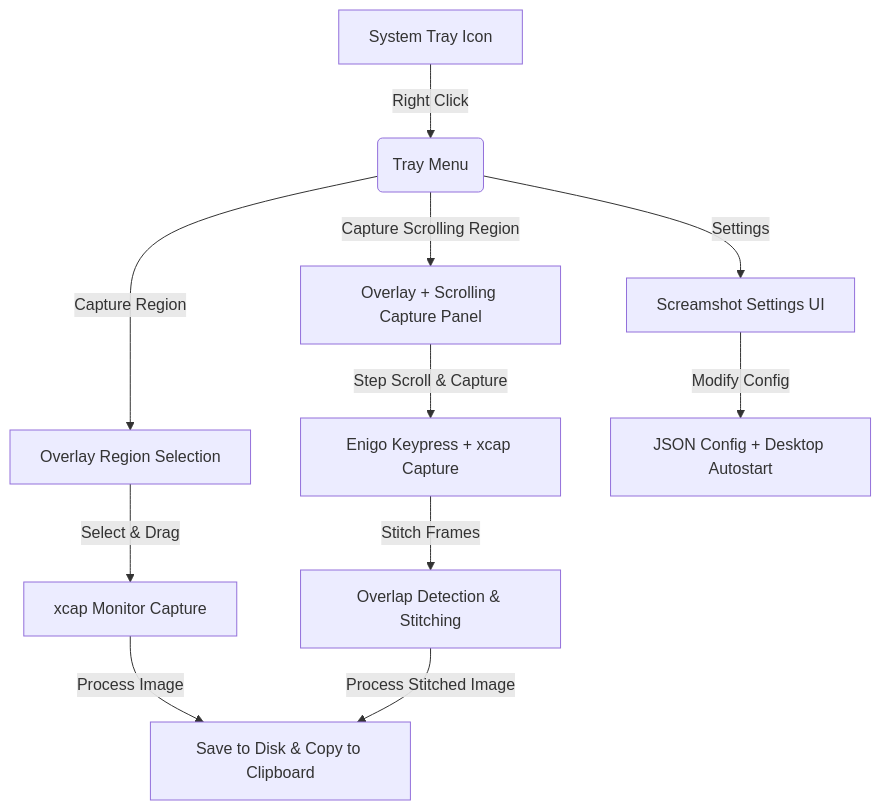
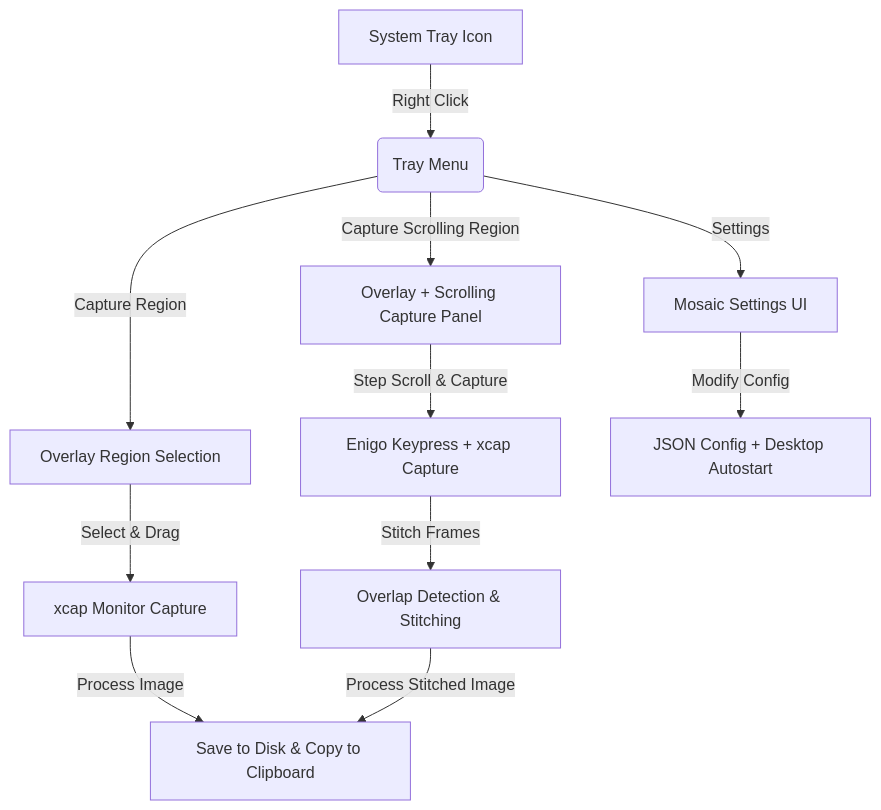
The diagram in README.md (phangs/screamshot), drawn with Mermaid before and after one commit. The commit also changed other lines of this file and 6 other files, not shown here.

Commit message:
refactor: rename project from Screamshot to Mosaic across codebase and documentation

````diff
--- a/README.md
+++ b/README.md
@@ -17,13 +17,13 @@
 ```mermaid
 graph TD
     A[System Tray Icon] -->|Right Click| B(Tray Menu)
     B -->|Capture Region| C[Overlay Region Selection]
     B -->|Capture Scrolling Region| D[Overlay + Scrolling Capture Panel]
-    B -->|Settings| E[Screamshot Settings UI]
+    B -->|Settings| E[Mosaic Settings UI]
     C -->|Select & Drag| F[xcap Monitor Capture]
     D -->|Step Scroll & Capture| G[Enigo Keypress + xcap Capture]
     G -->|Stitch Frames| H[Overlap Detection & Stitching]
     F -->|Process Image| I[Save to Disk & Copy to Clipboard]
     H -->|Process Stitched Image| I
     E -->|Modify Config| J[JSON Config + Desktop Autostart]
 ```
````
